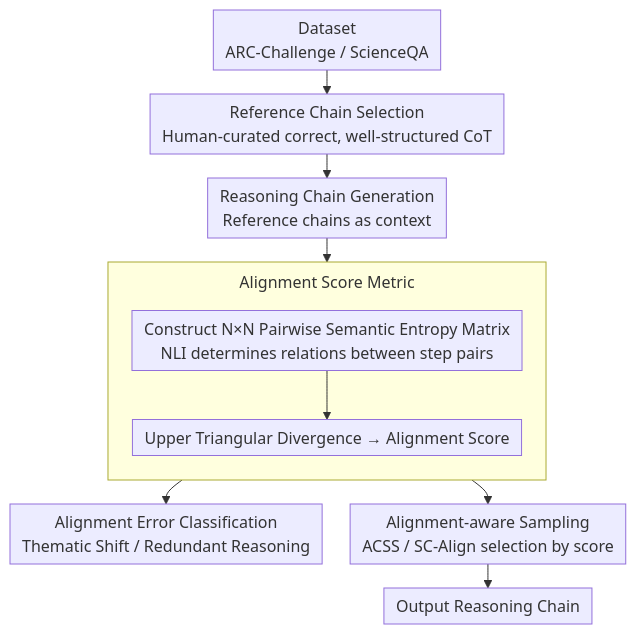
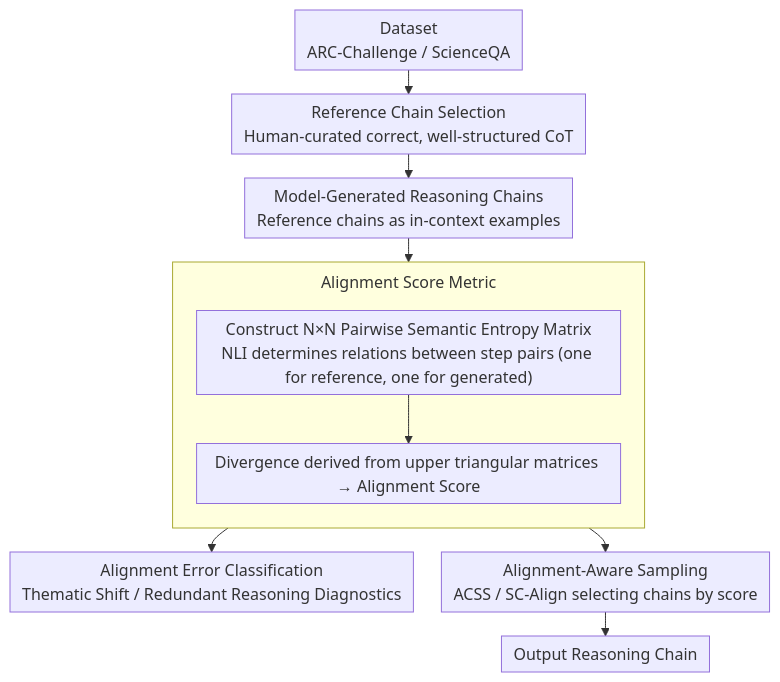
The diagram in docs/ACL2026/llm_reasoning/chain-of-thought_as_a_lens_evaluating_structured_reasoning_alignment_between_hum.md (zhaoyang97/Paper-Notes-en), drawn with Mermaid before and after one commit. The commit also changed other lines of this file and 5084 other files, not shown here.

````diff
--- a/docs/ACL2026/llm_reasoning/chain-of-thought_as_a_lens_evaluating_structured_reasoning_alignment_between_hum.md
+++ b/docs/ACL2026/llm_reasoning/chain-of-thought_as_a_lens_evaluating_structured_reasoning_alignment_between_hum.md
@@ -45,15 +45,15 @@
 ```mermaid
 %%{init: {'flowchart': {'rankSpacing': 24, 'nodeSpacing': 28, 'padding': 6, 'wrappingWidth': 400, 'subGraphTitleMargin': {'top': 8, 'bottom': 16}}}}%%
 flowchart TD
     A["Dataset<br/>ARC-Challenge / ScienceQA"] --> B["Reference Chain Selection<br/>Human-curated correct, well-structured CoT"]
-    B --> C["Reasoning Chain Generation<br/>Reference chains as context"]
+    B --> C["Model-Generated Reasoning Chains<br/>Reference chains as in-context examples"]
     subgraph AS["Alignment Score Metric"]
         direction TB
-        E["Construct N×N Pairwise Semantic Entropy Matrix<br/>NLI determines relations between step pairs"]
-        E --> F["Upper Triangular Divergence → Alignment Score"]
+        E["Construct N×N Pairwise Semantic Entropy Matrix<br/>NLI determines relations between step pairs (one for reference, one for generated)"]
+        E --> F["Divergence derived from upper triangular matrices → Alignment Score"]
     end
     C --> AS
-    F --> G["Alignment Error Classification<br/>Thematic Shift / Redundant Reasoning"]
-    F --> H["Alignment-aware Sampling<br/>ACSS / SC-Align selection by score"]
+    F --> G["Alignment Error Classification<br/>Thematic Shift / Redundant Reasoning Diagnostics"]
+    F --> H["Alignment-Aware Sampling<br/>ACSS / SC-Align selecting chains by score"]
     H --> I["Output Reasoning Chain"]
 ```
````
